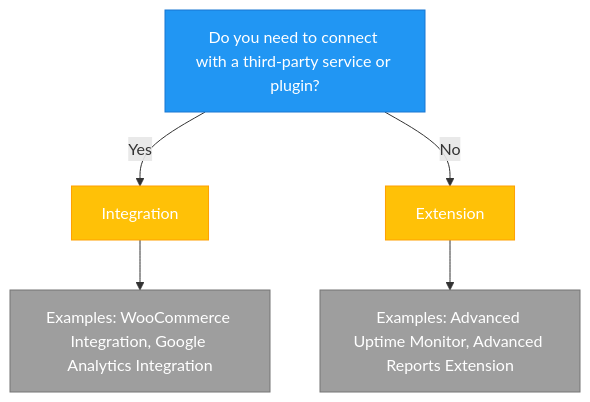
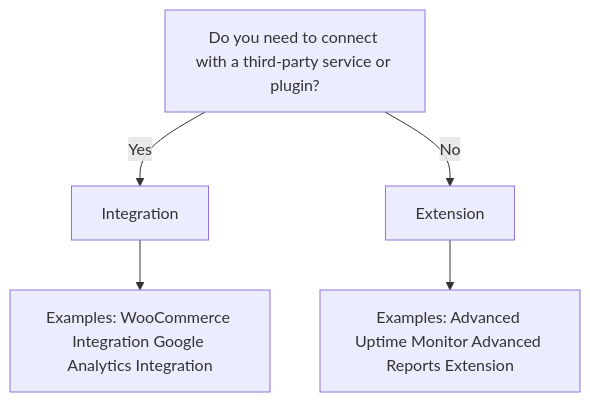
Before and after one commit to mainwp/mainwp.dev: the second of 2 diagrams in guides/templates/getting-started-template.md, drawn with Mermaid. The commit also changed other lines of this file, not shown here.

```diff
--- a/guides/templates/getting-started-template.md
+++ b/guides/templates/getting-started-template.md
@@ -77,13 +84,13 @@
 <div class="mermaid">
 flowchart TD
     A[Do you need to connect with a third-party service or plugin?] -->|Yes| B[Integration]
     A -->|No| C[Extension]
-    B --> D[Examples: WooCommerce Integration, Google Analytics Integration]
-    C --> E[Examples: Advanced Uptime Monitor, Advanced Reports Extension]
-    
-    style A fill:#2196F3,stroke:#1976D2,color:white
-    style B fill:#FFC107,stroke:#FFA000,color:white
-    style C fill:#FFC107,stroke:#FFA000,color:white
-    style D fill:#9E9E9E,stroke:#757575,color:white
-    style E fill:#9E9E9E,stroke:#757575,color:white
+    B --> D[Examples: WooCommerce Integration Google Analytics Integration]
+    C --> E[Examples: Advanced Uptime Monitor Advanced Reports Extension]
+
+    style A fill:#2196F3stroke:#1976D2color:white
+    style B fill:#FFC107stroke:#FFA000color:white
+    style C fill:#FFC107stroke:#FFA000color:white
+    style D fill:#9E9E9Estroke:#757575color:white
+    style E fill:#9E9E9Estroke:#757575color:white
 </div>
```
